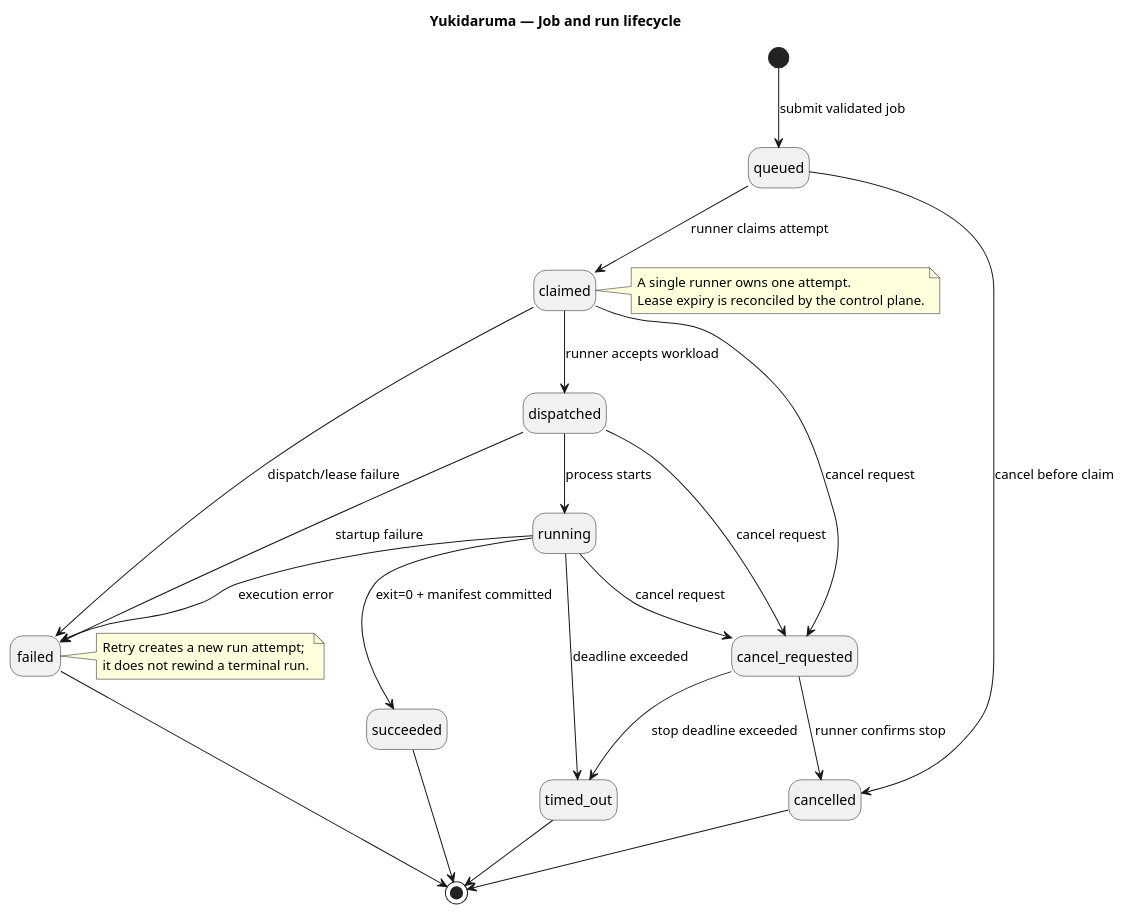
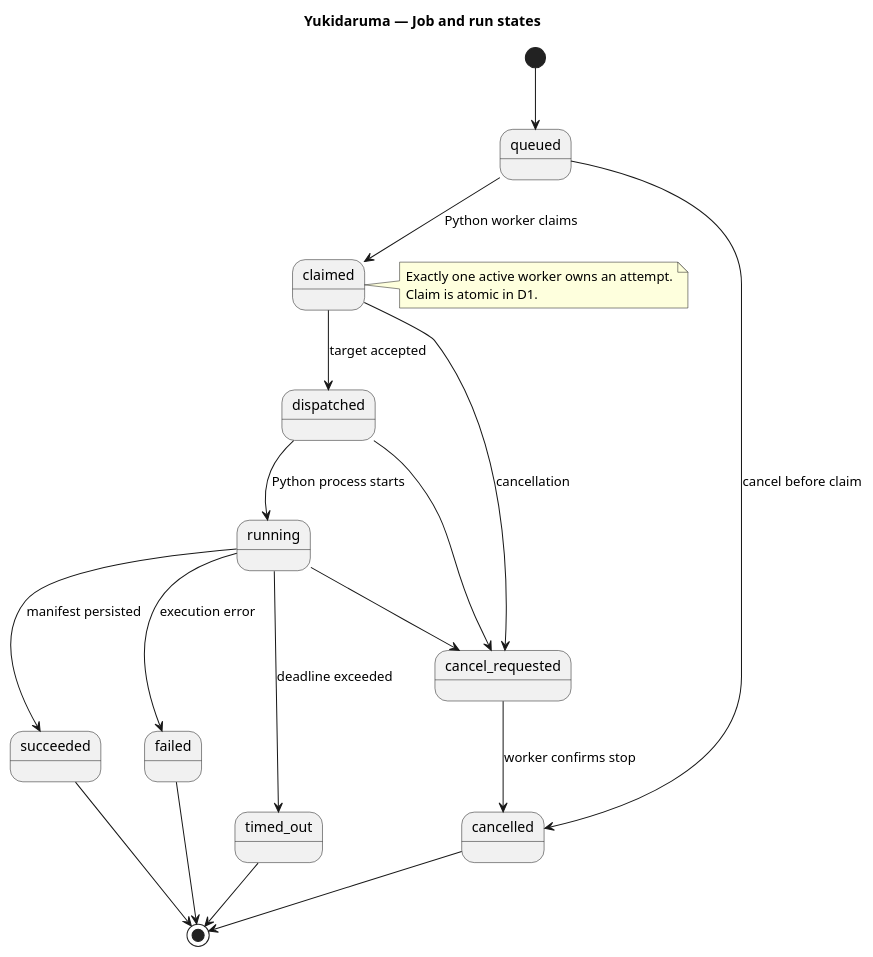
The third of 4 diagrams in docs/architecture.puml (bonsai/yukidaruma), drawn with PlantUML before and after one commit. The commit also changed other lines of this file, not shown here.

Commit message:
docs: redraw architecture for D1 Drive Python and SVG

```diff
--- a/docs/architecture.puml
+++ b/docs/architecture.puml
@@ -119,34 +89,23 @@
 @startuml yukidaruma_job_state
-title Yukidaruma — Job and run lifecycle
-hide empty description
-[*] --> queued : submit validated job
-
-queued --> claimed : runner claims attempt
-claimed --> dispatched : runner accepts workload
-dispatched --> running : process starts
-running --> succeeded : exit=0 + manifest committed
+title Yukidaruma — Job and run states
+[*] --> queued
+queued --> claimed : Python worker claims
+claimed --> dispatched : target accepted
+dispatched --> running : Python process starts
+running --> succeeded : manifest persisted
 running --> failed : execution error
 running --> timed_out : deadline exceeded
 queued --> cancelled : cancel before claim
-claimed --> cancel_requested : cancel request
-dispatched --> cancel_requested : cancel request
-running --> cancel_requested : cancel request
-cancel_requested --> cancelled : runner confirms stop
-cancel_requested --> timed_out : stop deadline exceeded
-claimed --> failed : dispatch/lease failure
-dispatched --> failed : startup failure
-
+claimed --> cancel_requested : cancellation
+dispatched --> cancel_requested
+running --> cancel_requested
+cancel_requested --> cancelled : worker confirms stop
 succeeded --> [*]
 failed --> [*]
 cancelled --> [*]
 timed_out --> [*]
-
 note right of claimed
-  A single runner owns one attempt.
-  Lease expiry is reconciled by the control plane.
-end note
-note right of failed
-  Retry creates a new run attempt;
-  it does not rewind a terminal run.
+  Exactly one active worker owns an attempt.
+  Claim is atomic in D1.
 end note
 @enduml
```
